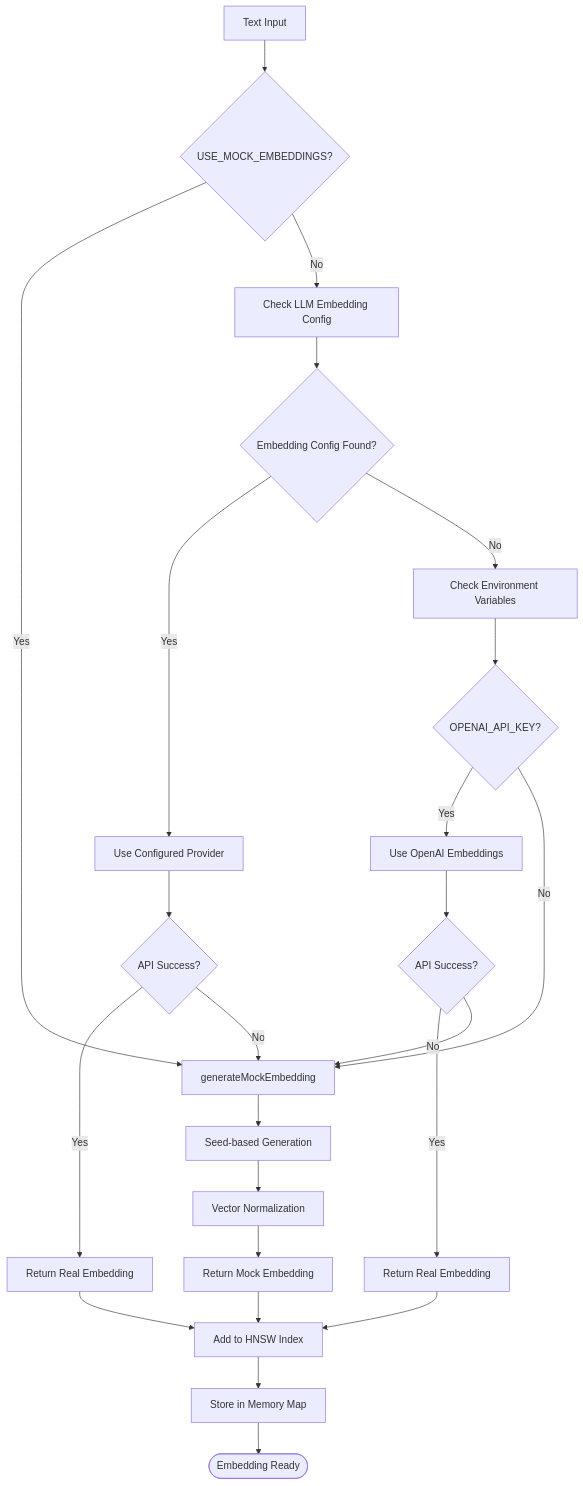
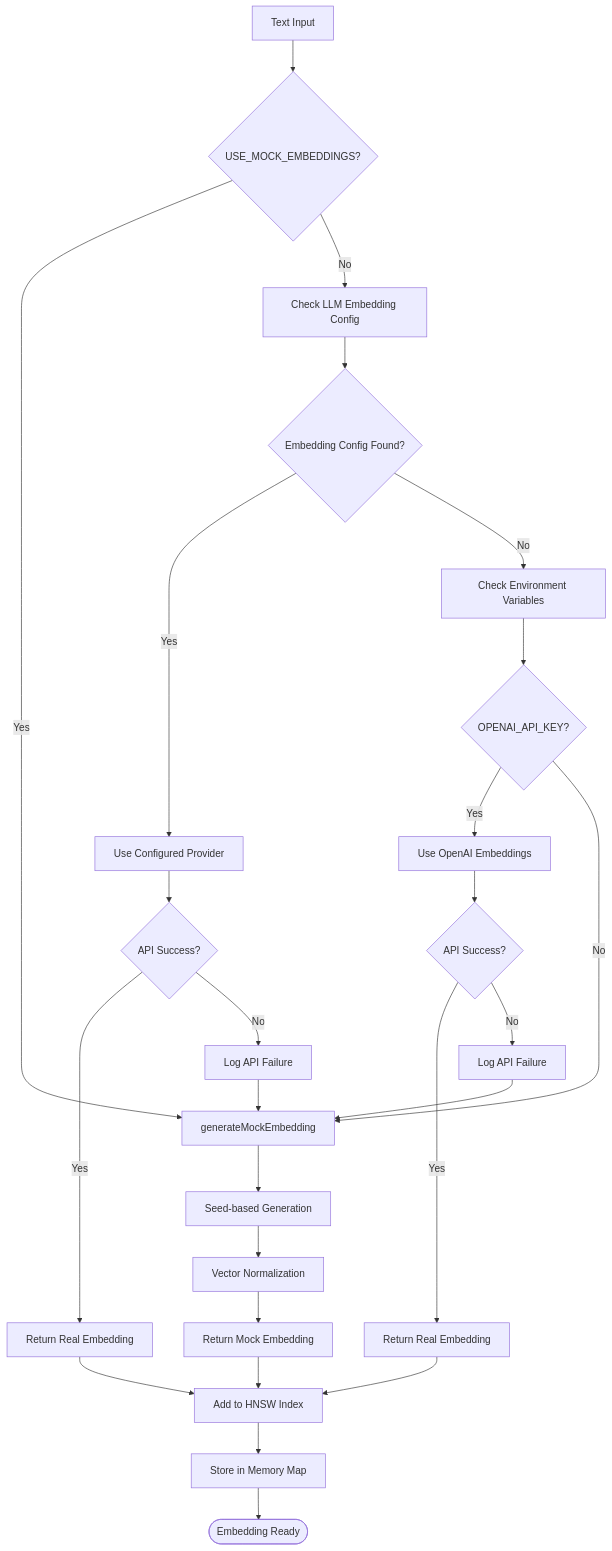
Before and after one commit to liwonder/NARRITIVE_OS: the sixth of 12 diagrams in .qoder/repowiki/en/content/Memory Management System/Vector Memory System.md, drawn with Mermaid. The commit also changed other lines of this file and 17 other files, not shown here.

````diff
--- a/.qoder/repowiki/en/content/Memory Management System/Vector Memory System.md
+++ b/.qoder/repowiki/en/content/Memory Management System/Vector Memory System.md
@@ -268,26 +283,28 @@
 ```mermaid
 flowchart TD
 Query[Text Input] --> CheckMock{"USE_MOCK_EMBEDDINGS?"}
 CheckMock --> |Yes| MockGen[generateMockEmbedding]
 CheckMock --> |No| CheckConfig[Check LLM Embedding Config]
 CheckConfig --> HasConfig{Embedding Config Found?}
 HasConfig --> |Yes| UseConfig[Use Configured Provider]
 HasConfig --> |No| CheckEnv[Check Environment Variables]
 CheckEnv --> OpenAIKey{OPENAI_API_KEY?}
 OpenAIKey --> |Yes| OpenAI[Use OpenAI Embeddings]
 OpenAIKey --> |No| MockGen
 UseConfig --> TryAPI{API Success?}
 TryAPI --> |Yes| ReturnReal[Return Real Embedding]
-TryAPI --> |No| MockGen
+TryAPI --> |No| LogError1[Log API Failure]
+LogError1 --> MockGen
 OpenAI --> TryAPI2{API Success?}
 TryAPI2 --> |Yes| ReturnReal2[Return Real Embedding]
-TryAPI2 --> |No| MockGen
+TryAPI2 --> |No| LogError2[Log API Failure]
+LogError2 --> MockGen
 MockGen --> Deterministic[Seed-based Generation]
 Deterministic --> Normalize[Vector Normalization]
 Normalize --> ReturnMock[Return Mock Embedding]
 ReturnReal --> HNSW[Add to HNSW Index]
 ReturnReal2 --> HNSW
 ReturnMock --> HNSW
 HNSW --> Store[Store in Memory Map]
 Store --> Complete([Embedding Ready])
 ```
````
